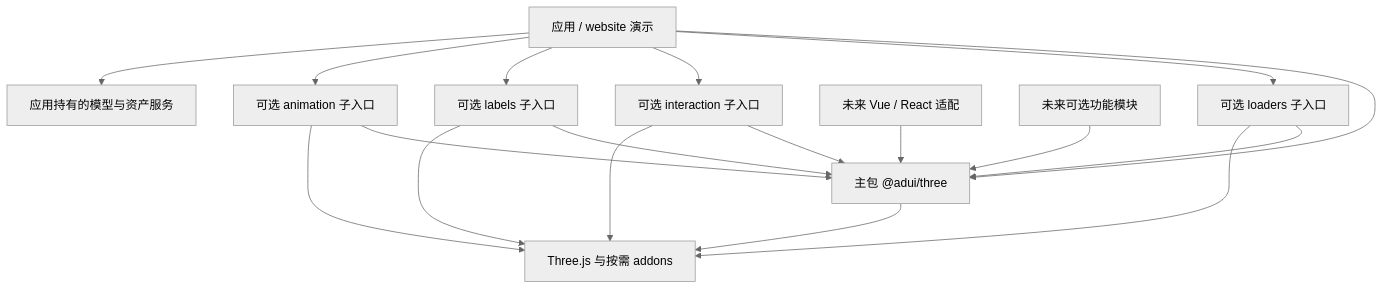
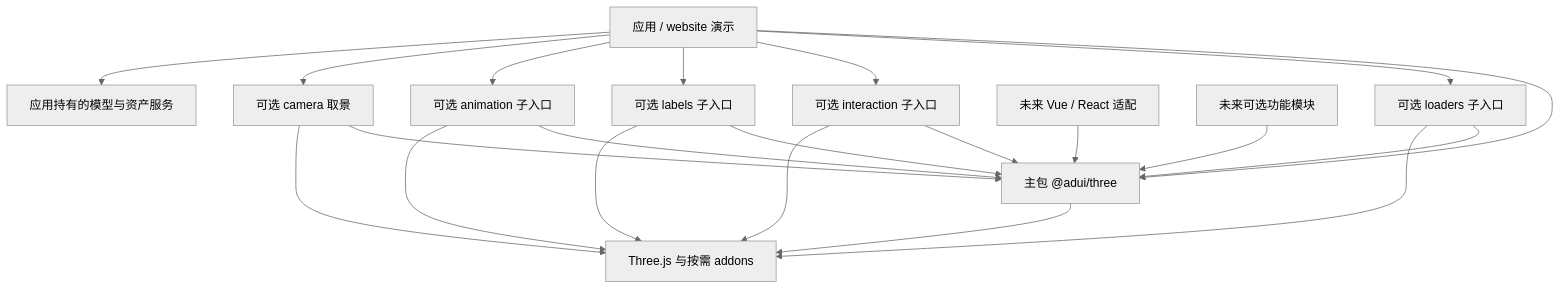
Before and after one commit to adui-studio/adui-three: the diagram in docs/ARCHITECTURE.md, drawn with Mermaid (neutral theme). The commit also changed other lines of this file and 16 other files, not shown here.

````diff
--- a/docs/ARCHITECTURE.md
+++ b/docs/ARCHITECTURE.md
@@ -21,20 +23,23 @@
 ```mermaid
 flowchart TD
   App[应用 / website 演示] --> Core[主包 @adui/three]
   App --> Models[可选 loaders 子入口]
   Models --> Core
   Models --> Three
   App --> Picking[可选 interaction 子入口]
   Picking --> Core
   Picking --> Three
   App --> Labels[可选 labels 子入口]
   Labels --> Core
   Labels --> Three
   App --> Animation[可选 animation 子入口]
   Animation --> Core
   Animation --> Three
+  App --> Framing[可选 camera 取景]
+  Framing --> Core
+  Framing --> Three
   Adapter[未来 Vue / React 适配] --> Core
   Feature[未来可选功能模块] --> Core
   Core --> Three[Three.js 与按需 addons]
   App --> Assets[应用持有的模型与资产服务]
 ```
````
